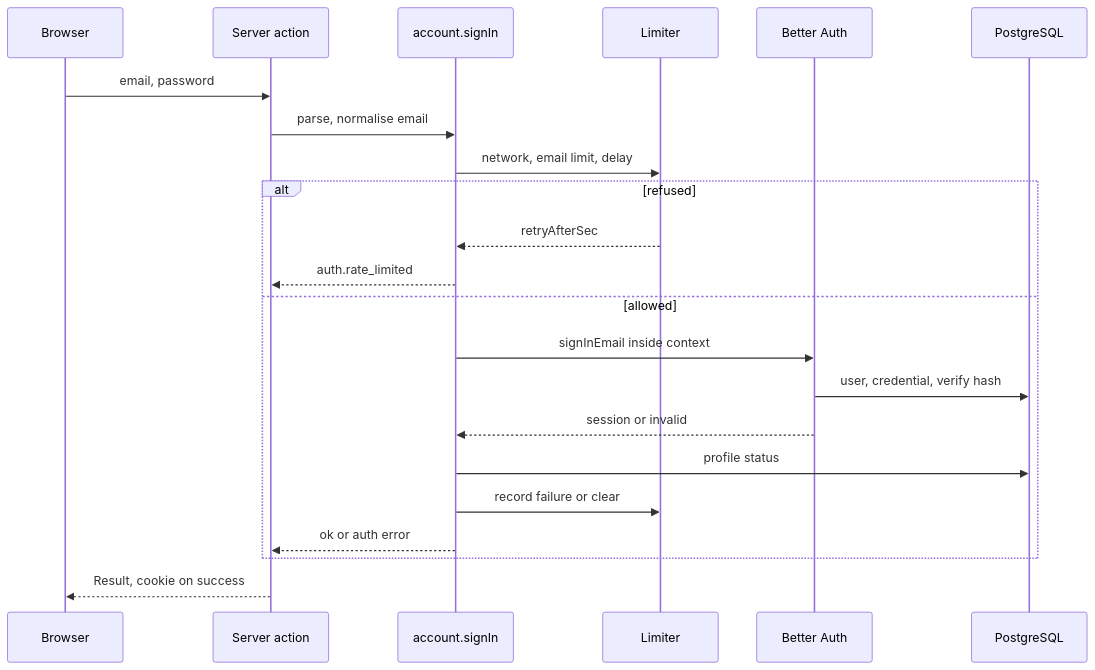
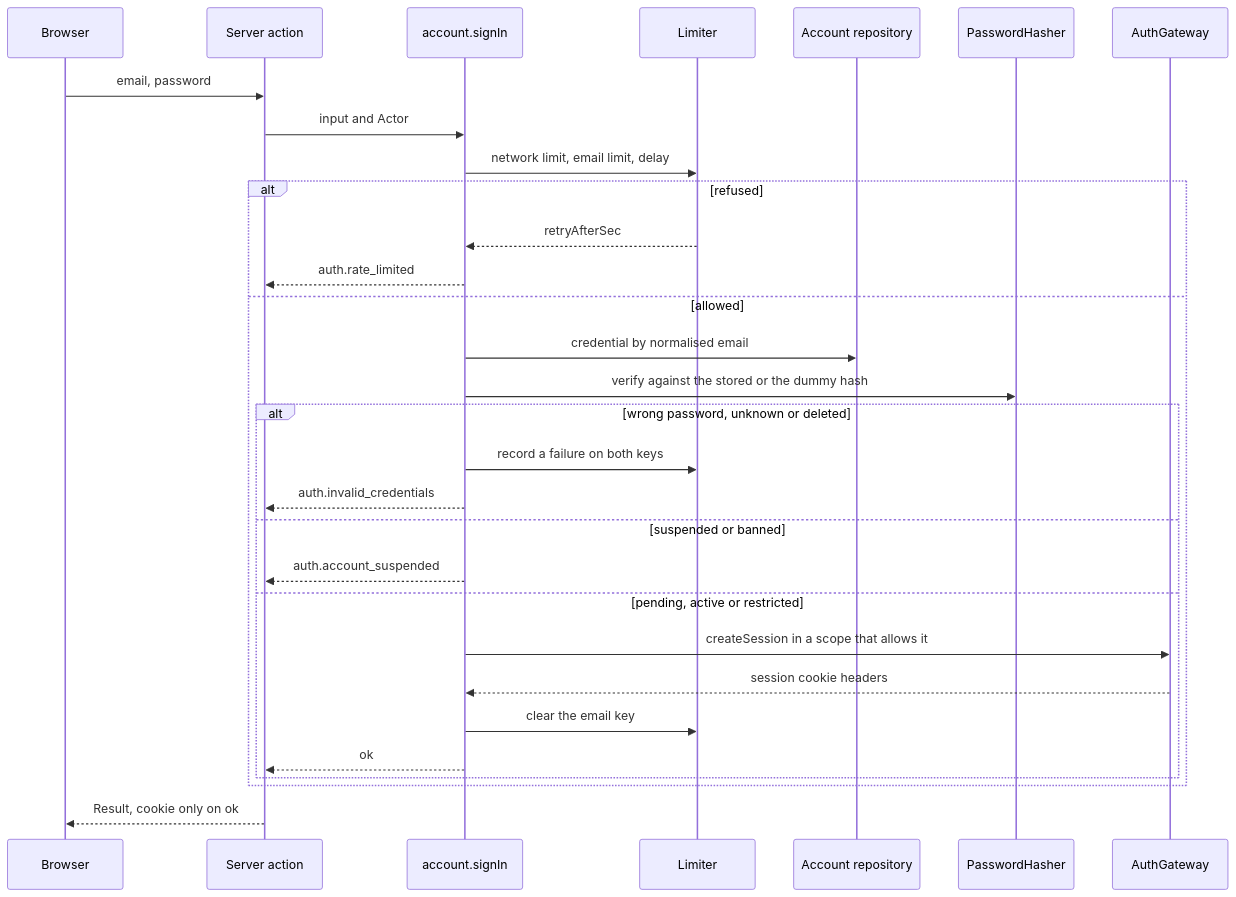
Before and after one commit to Md-Alamin-BS/RogiKotha: the first of 5 diagrams in docs/aidlc-migration/design-drafts/t-101-better-auth-adapter/functional-spec.md, drawn with Mermaid. The commit also changed other lines of this file and 62 other files, not shown here.

````diff
--- a/docs/aidlc-migration/design-drafts/t-101-better-auth-adapter/functional-spec.md
+++ b/docs/aidlc-migration/design-drafts/t-101-better-auth-adapter/functional-spec.md
@@ -72,24 +115,32 @@
 ```mermaid
 sequenceDiagram
     participant B as Browser
     participant A as Server action
     participant C as account.signIn
     participant L as Limiter
-    participant BA as Better Auth
-    participant DB as PostgreSQL
+    participant R as Account repository
+    participant H as PasswordHasher
+    participant G as AuthGateway
     B->>A: email, password
-    A->>C: parse, normalise email
-    C->>L: network, email limit, delay
+    A->>C: input and Actor
+    C->>L: network limit, email limit, delay
     alt refused
         L-->>C: retryAfterSec
         C-->>A: auth.rate_limited
     else allowed
-        C->>BA: signInEmail inside context
-        BA->>DB: user, credential, verify hash
-        BA-->>C: session or invalid
-        C->>DB: profile status
-        C->>L: record failure or clear
-        C-->>A: ok or auth error
+        C->>R: credential by normalised email
+        C->>H: verify against the stored or the dummy hash
+        alt wrong password, unknown or deleted
+            C->>L: record a failure on both keys
+            C-->>A: auth.invalid_credentials
+        else suspended or banned
+            C-->>A: auth.account_suspended
+        else pending, active or restricted
+            C->>G: createSession in a scope that allows it
+            G-->>C: session cookie headers
+            C->>L: clear the email key
+            C-->>A: ok
+        end
     end
-    A-->>B: Result, cookie on success
+    A-->>B: Result, cookie only on ok
 ```
````
